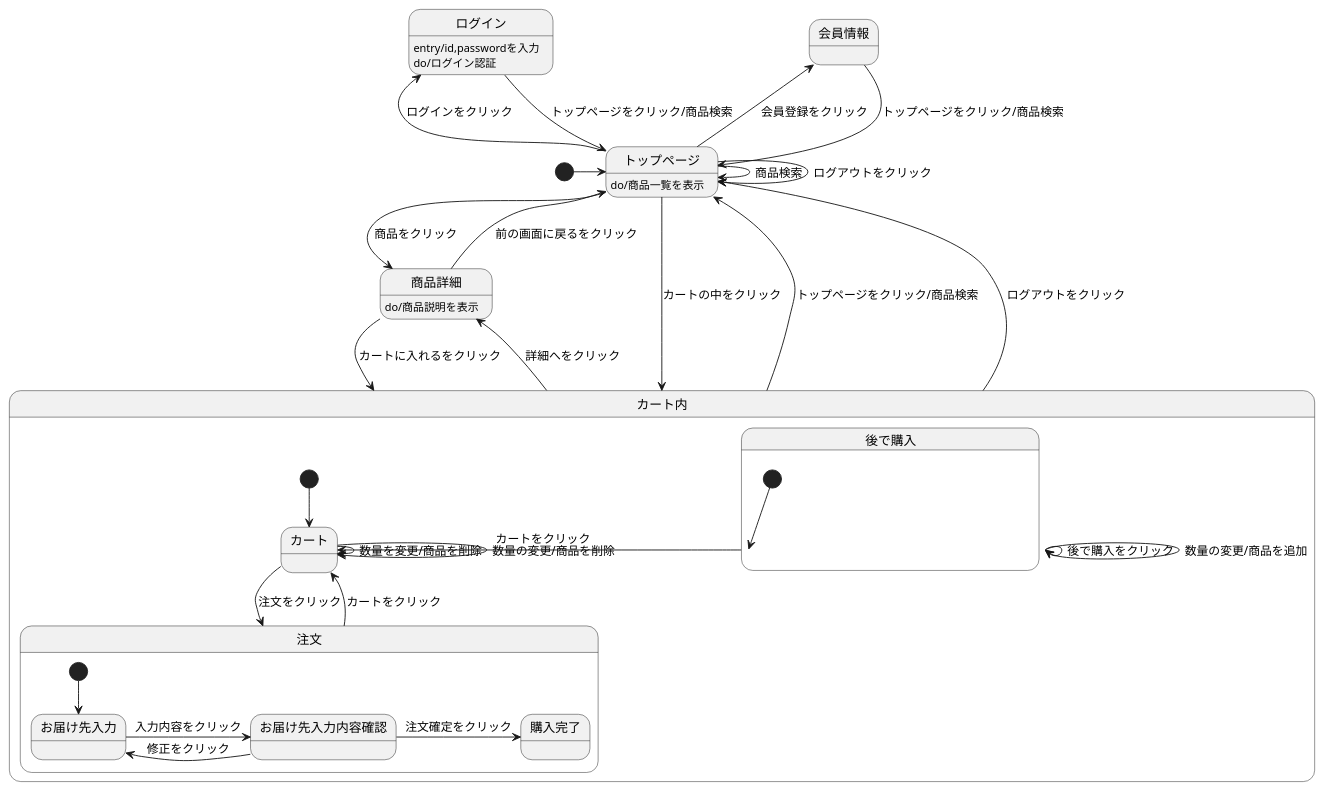
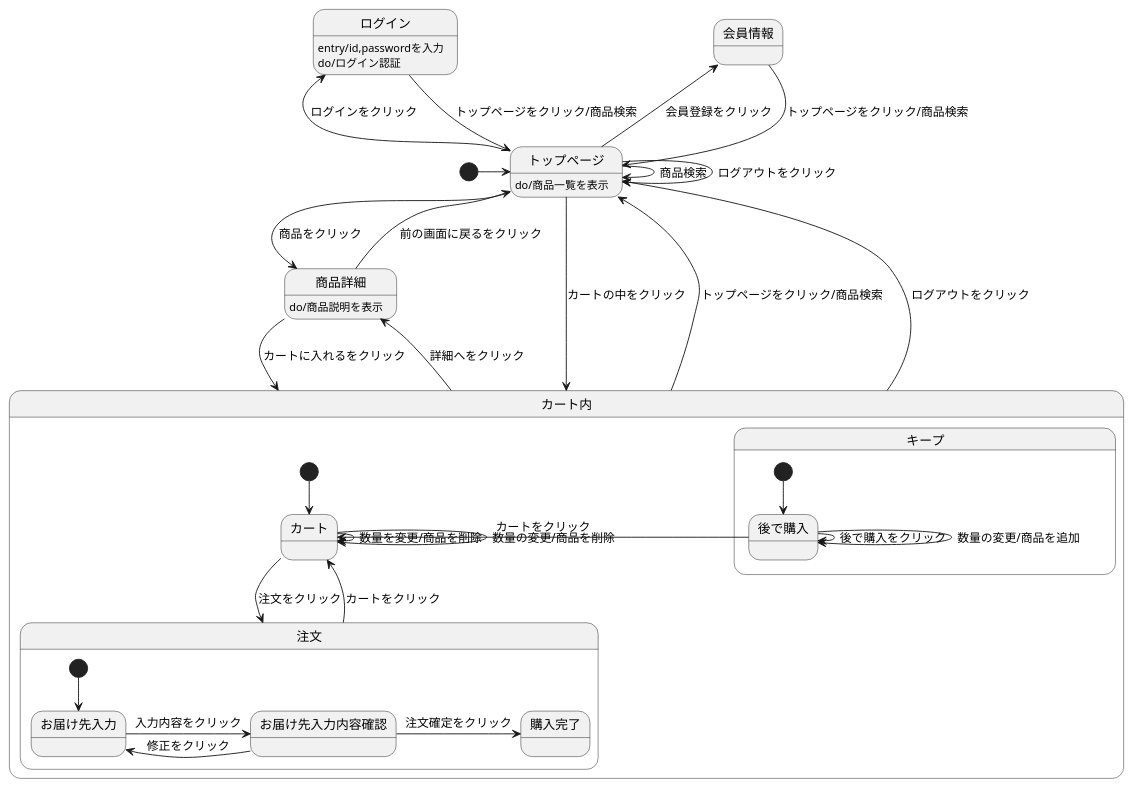
Before and after one commit to Aso2101121/2021sys-design: the diagram in origamen.md, drawn with PlantUML.

````diff
--- a/origamen.md
+++ b/origamen.md
@@ -1,42 +1,42 @@
 ```uml
 @startuml
 [*] -> トップページ
 会員情報 --> トップページ : トップページをクリック/商品検索
 ログイン --> トップページ : トップページをクリック/商品検索
 ログイン:entry/id,passwordを入力
 ログイン:do/ログイン認証
 トップページ --> トップページ : ログアウトをクリック
 トップページ -> トップページ : 商品検索
 トップページ -> 商品詳細 : 商品をクリック
 トップページ -left->会員情報 : 会員登録をクリック
 トップページ -left-> ログイン : ログインをクリック
 トップページ --> カート内 : カートの中をクリック
 トップページ:do/商品一覧を表示
 商品詳細 --> カート内 : カートに入れるをクリック
 商品詳細 --> トップページ : 前の画面に戻るをクリック
 商品詳細:do/商品説明を表示
 カート内 -up-> トップページ : トップページをクリック/商品検索
 カート内 -up-> トップページ : ログアウトをクリック
 カート内 -> 商品詳細 : 詳細へをクリック
 
 state カート内 {
 [*] --> カート
 カート -> 注文 : 注文をクリック
 カート -> カート : 数量を変更/商品を削除
 注文 --> カート : カートをクリック
 state 注文 {
 [*] --> お届け先入力
 お届け先入力 -> お届け先入力内容確認 : 入力内容をクリック
 お届け先入力内容確認 -> お届け先入力 : 修正をクリック
 お届け先入力内容確認 -> 購入完了 : 注文確定をクリック
 }
-state 後で購入 {
+state キープ {
 [*] --> 後で購入
 後で購入 -> 後で購入 : 後で購入をクリック
 カート -> カート : 数量の変更/商品を削除
 後で購入 -> 後で購入 : 数量の変更/商品を追加
 後で購入 -> カート : カートをクリック
 }
 
 @enduml
 ```
````
